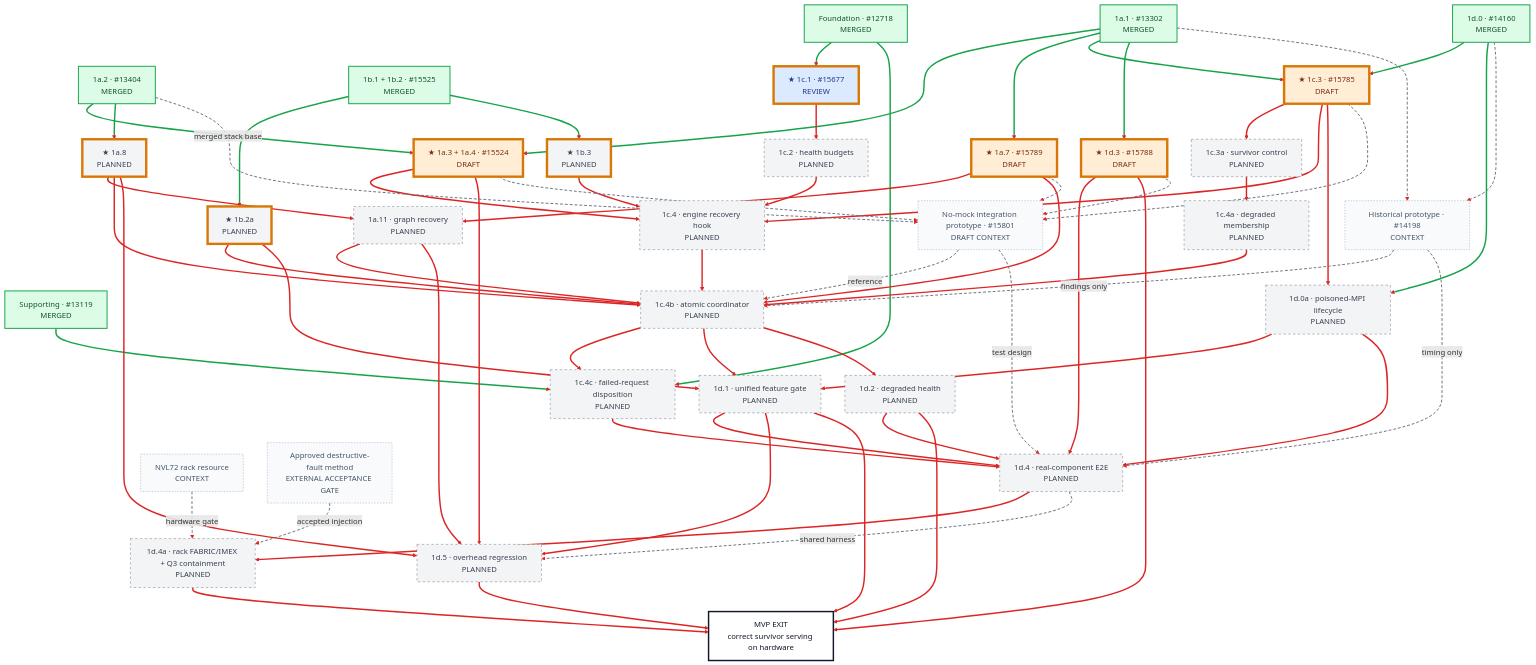
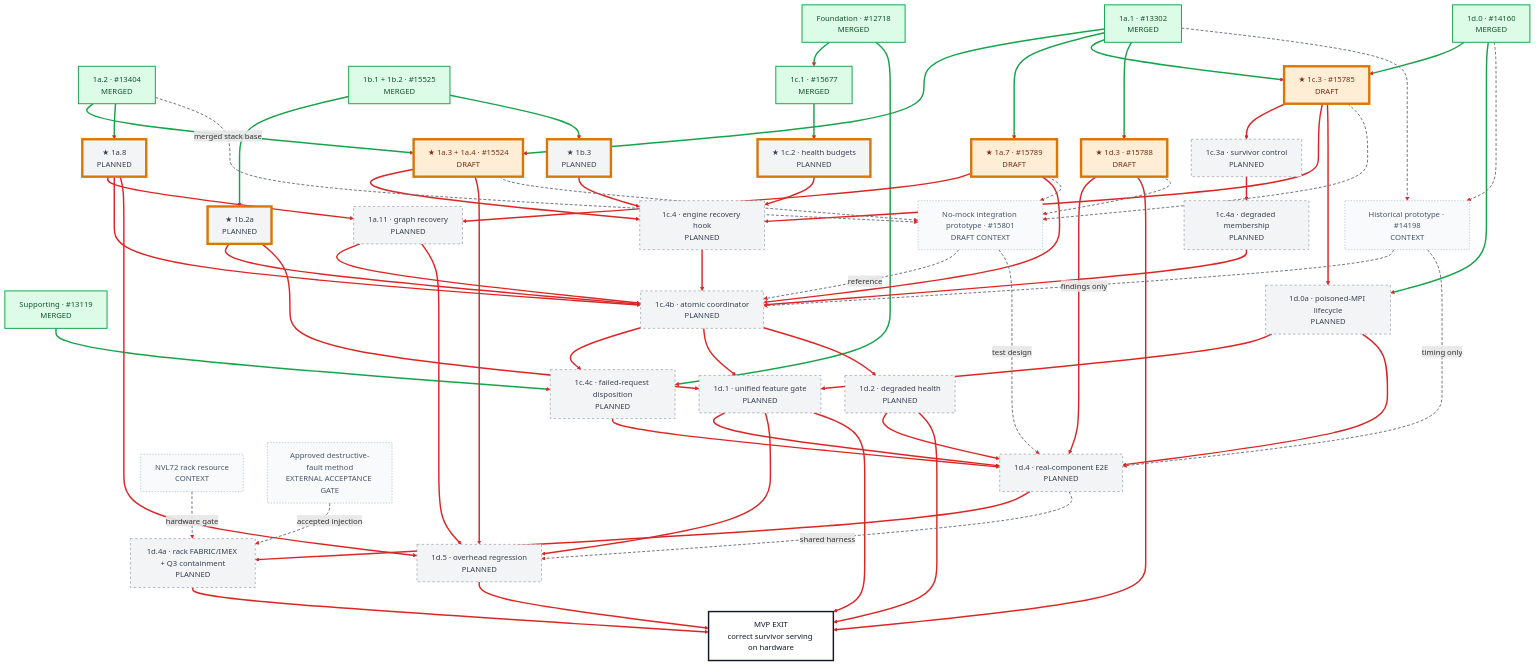
Before and after one commit to chienchunhung/TensorRT-LLM: the second of 8 diagrams in docs/design/wide-ep-fault-tolerance/pr-execution/mvp-dependency-graph.md, drawn with Mermaid. The commit also changed other lines of this file and 4 other files, not shown here.

Commit message:
docs: update WideEP graph for merged PR 15677

````diff
--- a/docs/design/wide-ep-fault-tolerance/pr-execution/mvp-dependency-graph.md
+++ b/docs/design/wide-ep-fault-tolerance/pr-execution/mvp-dependency-graph.md
@@ -113,12 +112,12 @@
     A1_8["★ 1a.8<br/>PLANNED"]
     B1_2A["★ 1b.2a<br/>PLANNED"]
     B1_3["★ 1b.3<br/>PLANNED"]
-    C1_1["★ 1c.1 · #15677<br/>REVIEW"]
+    C1_1["1c.1 · #15677<br/>MERGED"]
     C1_3["★ 1c.3 · #15785<br/>DRAFT"]
     D1_3["★ 1d.3 · #15788<br/>DRAFT"]
 
     A1_11["1a.11 · graph recovery<br/>PLANNED"]
-    C1_2["1c.2 · health budgets<br/>PLANNED"]
+    C1_2["★ 1c.2 · health budgets<br/>PLANNED"]
     C1_3A["1c.3a · survivor control<br/>PLANNED"]
     D1_0A["1d.0a · poisoned-MPI lifecycle<br/>PLANNED"]
 
@@ -139,7 +138,7 @@
     NVL72_RESOURCE["NVL72 rack resource<br/>CONTEXT"]
     APPROVED_FAULT_METHOD["Approved destructive-fault method<br/>EXTERNAL ACCEPTANCE GATE"]
 
-    %% Satisfied hard dependencies: edges 0–12
+    %% Satisfied hard dependencies: edges 0–13
     A1_1 --> A1_34
     A1_2 -->|merged stack base| A1_34
     A1_1 --> A1_7
@@ -147,6 +146,7 @@
     B1_12 --> B1_2A
     B1_12 --> B1_3
     P12718 --> C1_1
+    C1_1 --> C1_2
     A1_1 --> C1_3
     D1_0 --> C1_3
     P12718 --> C1_4C
@@ -154,10 +154,9 @@
     D1_0 --> D1_0A
     A1_1 --> D1_3
 
-    %% Blocking hard dependencies: edges 13–48
+    %% Blocking hard dependencies: edges 14–48
     A1_7 --> A1_11
     A1_8 --> A1_11
-    C1_1 --> C1_2
     C1_3 --> C1_3A
     A1_34 --> C1_4
     B1_3 --> C1_4
@@ -209,7 +208,7 @@
     APPROVED_FAULT_METHOD -.->|accepted injection| D1_4A
 
     linkStyle default stroke:#dc2626,stroke-width:3px;
-    linkStyle 0,1,2,3,4,5,6,7,8,9,10,11,12 stroke:#16a34a,stroke-width:3px;
+    linkStyle 0,1,2,3,4,5,6,7,8,9,10,11,12,13 stroke:#16a34a,stroke-width:3px;
     linkStyle 49,50,51,52,53,54,55,56,57,58,59,60,61,62 stroke:#6b7280,stroke-width:2px,stroke-dasharray:6 4;
 
     classDef merged fill:#dcfce7,stroke:#16a34a,color:#14532d,stroke-width:2px;
@@ -220,11 +219,10 @@
     classDef gate fill:#ffffff,stroke:#111827,color:#111827,stroke-width:3px;
     classDef candidate stroke:#d97706,stroke-width:5px,stroke-dasharray:0;
 
-    class P12718,P13119,A1_1,A1_2,B1_12,D1_0 merged;
+    class P12718,P13119,A1_1,A1_2,B1_12,C1_1,D1_0 merged;
     class A1_34,A1_7,C1_3,D1_3 draft;
-    class C1_1 reviewing;
     class A1_8,A1_11,B1_2A,B1_3,C1_2,C1_3A,C1_4,C1_4A,C1_4B,C1_4C,D1_0A,D1_1,D1_2,D1_4,D1_4A,D1_5 planned;
     class OLD_PROTO,NEW_PROTO,NVL72_RESOURCE,APPROVED_FAULT_METHOD context;
     class MVP_EXIT gate;
-    class A1_34,A1_7,A1_8,B1_2A,B1_3,C1_1,C1_3,D1_3 candidate;
+    class A1_34,A1_7,A1_8,B1_2A,B1_3,C1_2,C1_3,D1_3 candidate;
 ```
````
